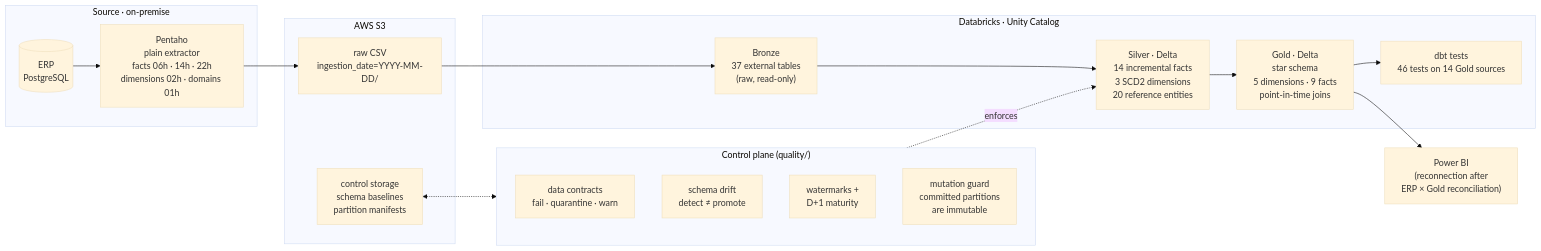
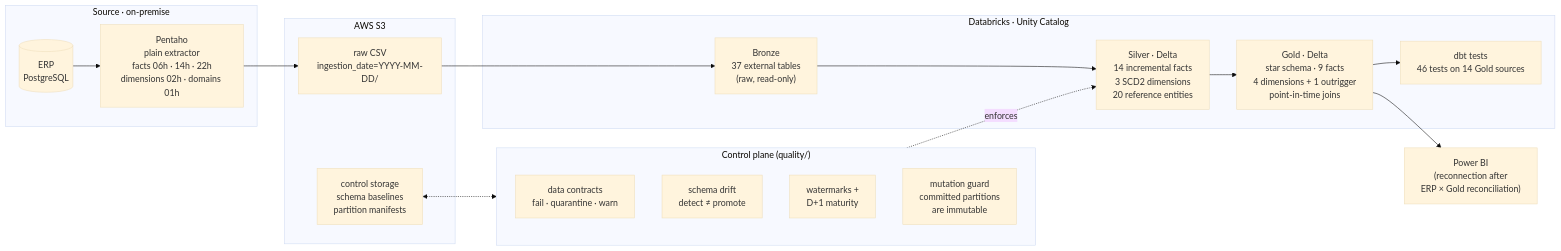
Before and after one commit to zaraluz/varejinho-data-platform: the first of 2 diagrams in README.md, drawn with Mermaid (base theme). The commit also changed other lines of this file, not shown here.

````diff
--- a/README.md
+++ b/README.md
@@ -46,33 +46,33 @@
 ```mermaid
 flowchart LR
     subgraph SRC["Source · on-premise"]
         ERP[("ERP<br/>PostgreSQL")]
         PDI["Pentaho<br/>plain extractor<br/>facts 06h · 14h · 22h<br/>dimensions 02h · domains 01h"]
         ERP --> PDI
     end
 
     subgraph AWS["AWS S3"]
         RAW["raw CSV<br/>ingestion_date=YYYY-MM-DD/"]
         CTL["control storage<br/>schema baselines<br/>partition manifests"]
     end
 
     subgraph DBX["Databricks · Unity Catalog"]
         BR["Bronze<br/>37 external tables<br/>(raw, read-only)"]
         SI["Silver · Delta<br/>14 incremental facts<br/>3 SCD2 dimensions<br/>20 reference entities"]
-        GO["Gold · Delta<br/>star schema<br/>5 dimensions · 9 facts<br/>point-in-time joins"]
+        GO["Gold · Delta<br/>star schema · 9 facts<br/>4 dimensions + 1 outrigger<br/>point-in-time joins"]
         DBT["dbt tests<br/>46 tests on 14 Gold sources"]
         BR --> SI --> GO --> DBT
     end
 
     subgraph CP["Control plane (quality/)"]
         C1["data contracts<br/>fail · quarantine · warn"]
         C2["schema drift<br/>detect ≠ promote"]
         C3["watermarks +<br/>D+1 maturity"]
         C4["mutation guard<br/>committed partitions<br/>are immutable"]
     end
 
     PDI --> RAW --> BR
     CP -.enforces.-> SI
     CTL <-.-> CP
     GO --> BI["Power BI<br/>(reconnection after<br/>ERP × Gold reconciliation)"]
 ```
````
